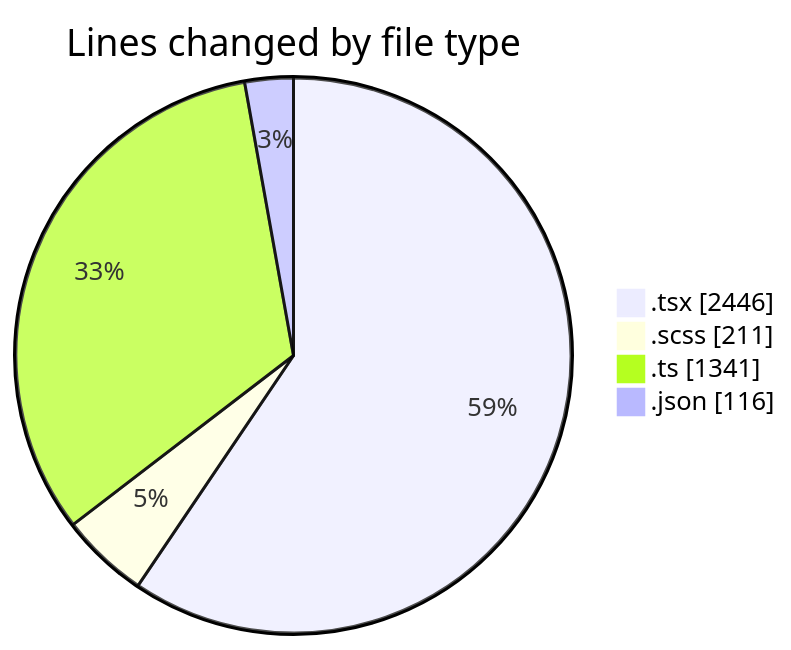
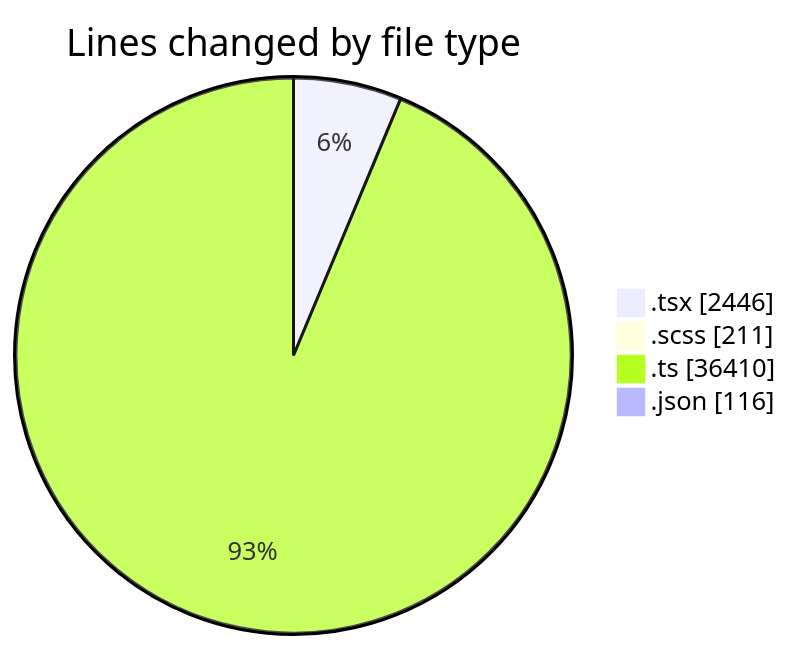
The first of 2 diagrams in 2026-09-04/cda/README.md (momahboobian/code-tracking), drawn with Mermaid before and after one commit. The commit also changed other lines of this file and 1 other file, not shown here.

````diff
--- a/2026-09-04/cda/README.md
+++ b/2026-09-04/cda/README.md
@@ -58,8 +64,8 @@
 ```mermaid
 pie showData
 title Lines changed by file type
 ".tsx" : 2446
 ".scss" : 211
-".ts" : 1341
+".ts" : 36410
 ".json" : 116
 ```
````
